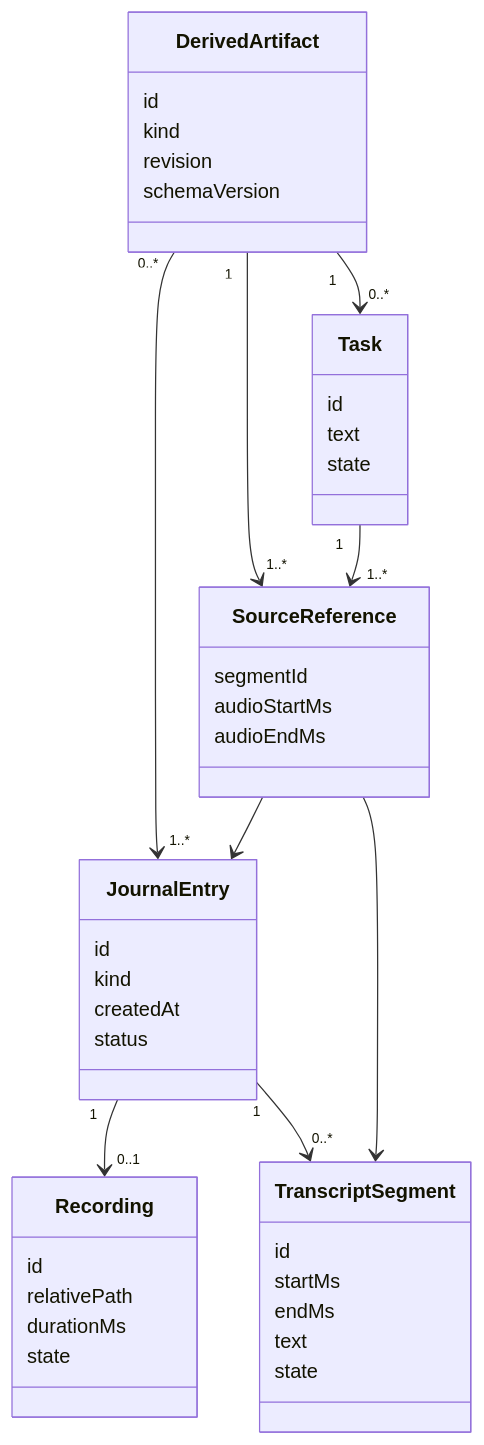
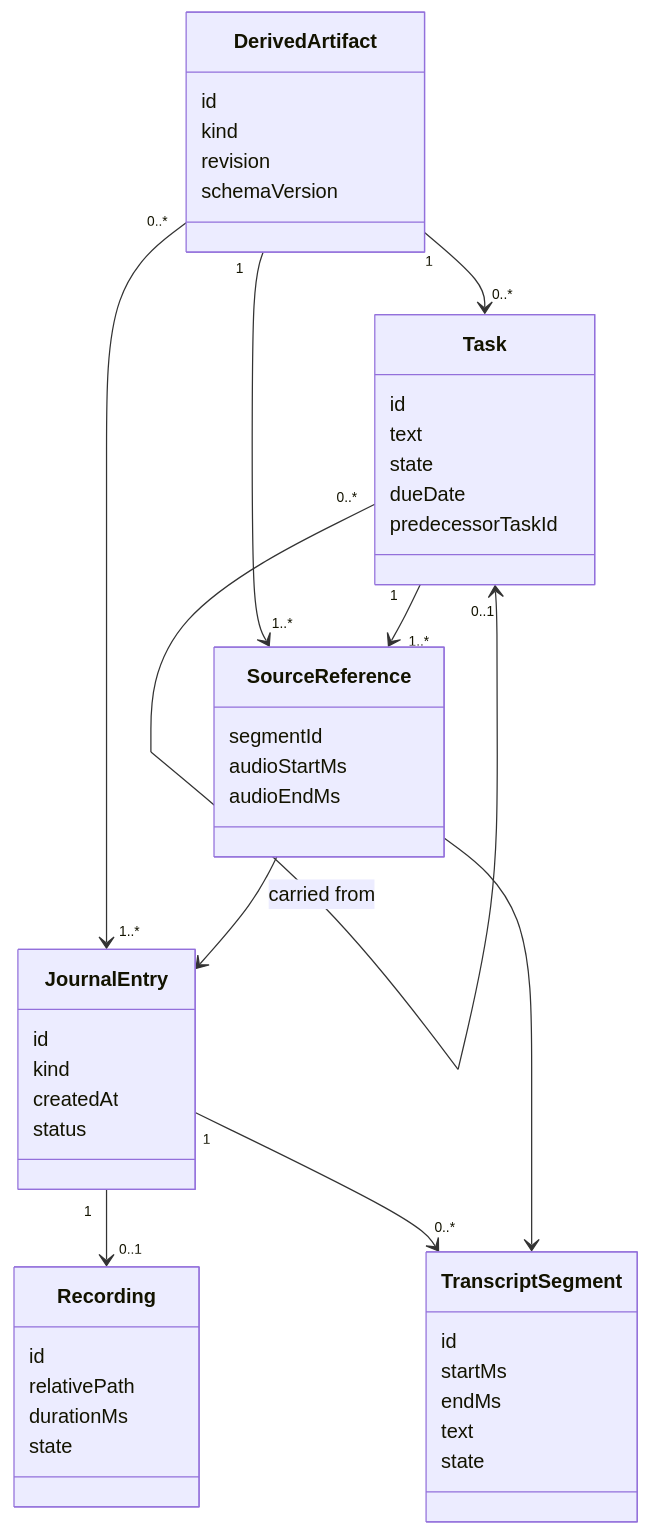
Before and after one commit to ashrithyvs/audio-journal: the fifth of 10 diagrams in docs/uml-diagrams.md, drawn with Mermaid. The commit also changed other lines of this file and 19 other files, not shown here.

````diff
--- a/docs/uml-diagrams.md
+++ b/docs/uml-diagrams.md
@@ -102,47 +102,50 @@
 ```mermaid
 classDiagram
     class JournalEntry {
       id
       kind
       createdAt
       status
     }
     class Recording {
       id
       relativePath
       durationMs
       state
     }
     class TranscriptSegment {
       id
       startMs
       endMs
       text
       state
     }
     class DerivedArtifact {
       id
       kind
       revision
       schemaVersion
     }
     class Task {
       id
       text
       state
+      dueDate
+      predecessorTaskId
     }
     class SourceReference {
       segmentId
       audioStartMs
       audioEndMs
     }
 
     JournalEntry "1" --> "0..1" Recording
     JournalEntry "1" --> "0..*" TranscriptSegment
     DerivedArtifact "0..*" --> "1..*" JournalEntry
     DerivedArtifact "1" --> "0..*" Task
     DerivedArtifact "1" --> "1..*" SourceReference
     Task "1" --> "1..*" SourceReference
+    Task "0..*" --> "0..1" Task : carried from
     SourceReference --> JournalEntry
     SourceReference --> TranscriptSegment
 ```
````
